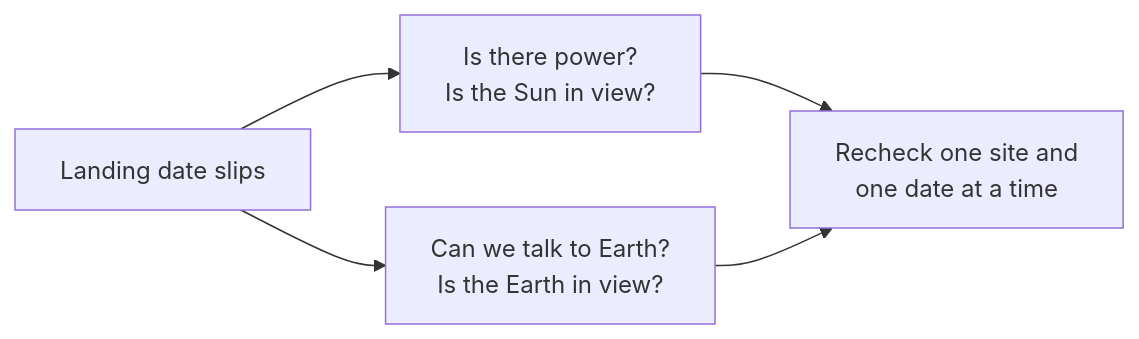
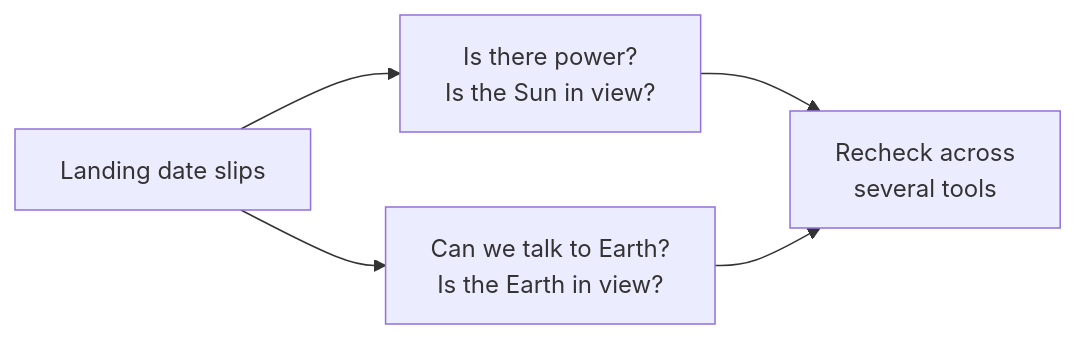
Before and after one commit to Atamol/Skimline: the first of 2 diagrams in slides/slides.en.md, drawn with Mermaid. The commit also changed other lines of this file and 3 other files, not shown here.

````diff
--- a/slides/slides.en.md
+++ b/slides/slides.en.md
@@ -18,7 +18,7 @@
 ```mermaid {theme: 'dark', scale: 0.95}
 flowchart LR
   A[Landing date slips] --> B[Is there power?<br>Is the Sun in view?]
   A --> C[Can we talk to Earth?<br>Is the Earth in view?]
-  B --> D[Recheck one site and<br>one date at a time]
+  B --> D[Recheck across<br>several tools]
   C --> D
 ```
````
